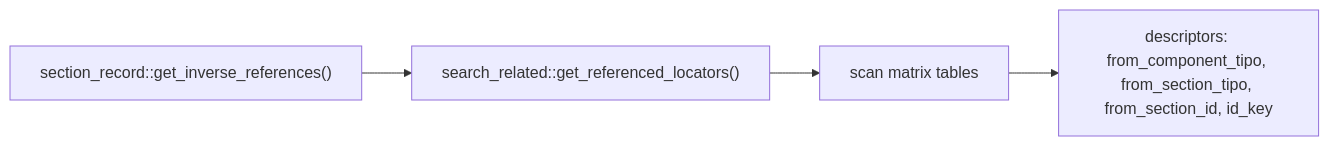
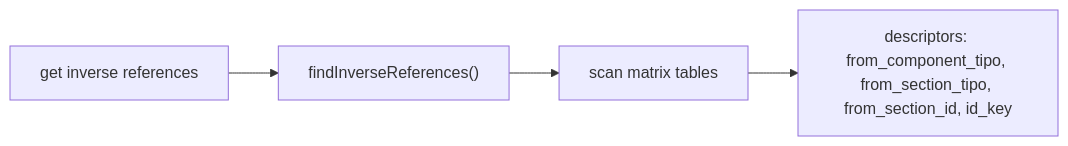
One commit to renderpci/dedalo changed the third of 4 diagrams in docs/core/locator.md. Above: the diagram before and after it, drawn with Mermaid. The commit also changed other lines of this file and 11 other files, not shown here.

First line of the commit message:
docs: update architecture overview to reflect TypeScript/Bun server implementation and clarify documentation structure

````diff
--- a/docs/core/locator.md
+++ b/docs/core/locator.md
@@ -257,6 +247,6 @@
 ```mermaid
 graph LR
-    A["section_record::get_inverse_references()"] --> B["search_related::get_referenced_locators()"]
+    A["get inverse references"] --> B["findInverseReferences()"]
     B --> C["scan matrix tables"]
     C --> D["descriptors: from_component_tipo, from_section_tipo, from_section_id, id_key"]
 ```
````
